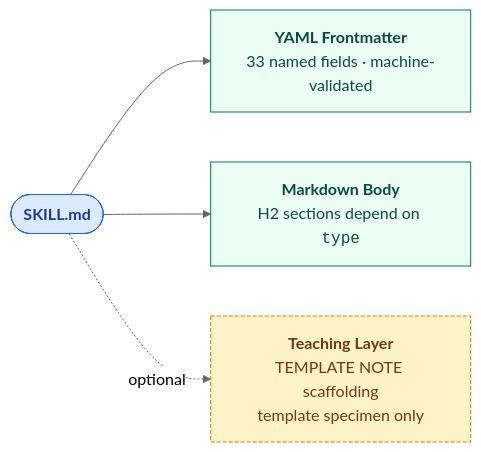
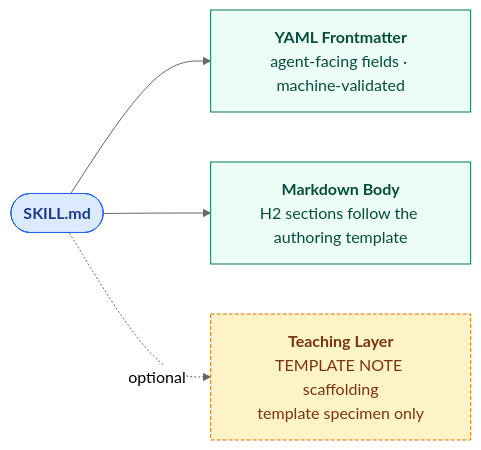
The diagram in skill-metadata-protocol/design-rationale.md (jacob-balslev/skill-graph), drawn with Mermaid (neutral theme) before and after one commit. The commit also changed other lines of this file and 96 other files, not shown here.

````diff
--- a/skill-metadata-protocol/design-rationale.md
+++ b/skill-metadata-protocol/design-rationale.md
@@ -197,18 +192,18 @@
 ```mermaid
 flowchart LR
   Skill(["<b>SKILL.md</b>"])
-  FM["<b>YAML Frontmatter</b><br/>33 named fields · machine-validated"]
-  Body["<b>Markdown Body</b><br/>H2 sections depend on <code>type</code>"]
+  FM["<b>YAML Frontmatter</b><br/>agent-facing fields · machine-validated"]
+  Body["<b>Markdown Body</b><br/>H2 sections follow the authoring template"]
   Teach["<b>Teaching Layer</b><br/>TEMPLATE NOTE scaffolding<br/>template specimen only"]
 
   Skill --> FM
   Skill --> Body
   Skill -.->|optional| Teach
 
   classDef file fill:#dbeafe,stroke:#2563eb,color:#1e3a8a,font-weight:bold
   classDef layer fill:#ecfdf5,stroke:#047857,color:#064e3b
   classDef optional fill:#fef3c7,stroke:#d97706,color:#78350f,stroke-dasharray:4 2
   class Skill file
   class FM,Body layer
   class Teach optional
 ```
````
